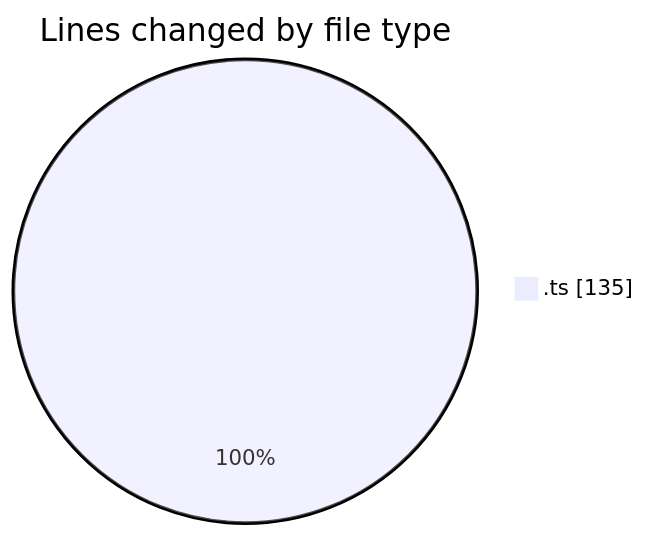
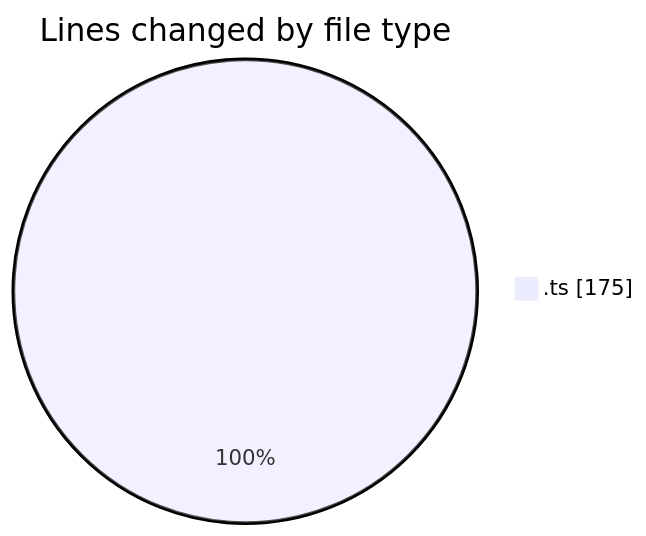
The first of 2 diagrams in 2026-03-03/typescript/README.md (igalym/code-tracking), drawn with Mermaid before and after one commit. The commit also changed other lines of this file and 1 other file, not shown here.

````diff
--- a/2026-03-03/typescript/README.md
+++ b/2026-03-03/typescript/README.md
@@ -20,5 +20,5 @@
 ```mermaid
 pie showData
 title Lines changed by file type
-".ts" : 135
+".ts" : 175
 ```
````
